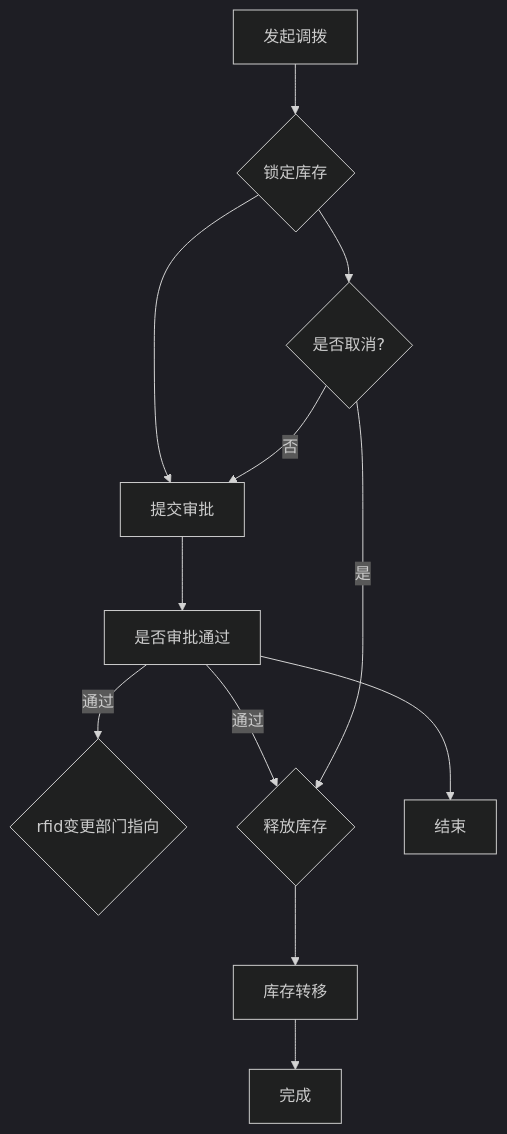
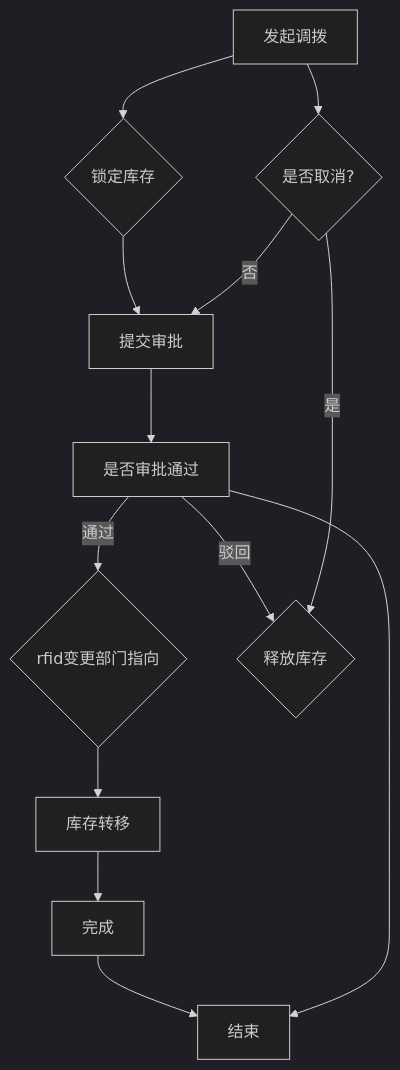
One commit to 1191232345/Axure_ELSA changed the second of 4 diagrams in 虚拟仓/prd.md. Above: the diagram before and after it, drawn with Mermaid (dark theme).

Commit message:
docs(流程图): 更新审批流程和取消流程的图表结构
调整审批流程中的节点连接关系，明确驳回时的库存释放路径
添加结束节点以完善流程表示
将取消流程的触发点从B节点改为A节点

````diff
--- a/虚拟仓/prd.md
+++ b/虚拟仓/prd.md
@@ -61,16 +61,17 @@
 ```mermaid
 graph TD
     A["发起调拨"] --> B{"锁定库存"}
     B --> C["提交审批"]
     C --> D["是否审批通过"]
     D --> |"通过"| E{"rfid变更部门指向"}
-    D --> |"通过"| F{"释放库存"}
-    F --> G["库存转移"]
+    D --> |"驳回"| F{"释放库存"}
+    E --> G["库存转移"]
     G --> H["完成"]
+    H --> I["结束"]
     D --> I["结束"]
     
     %% 取消流程
-    B --> K{"是否取消?"}
+    A --> K{"是否取消?"}
     K -->|"是"| F
     K -->|"否"| C
 ```
````
